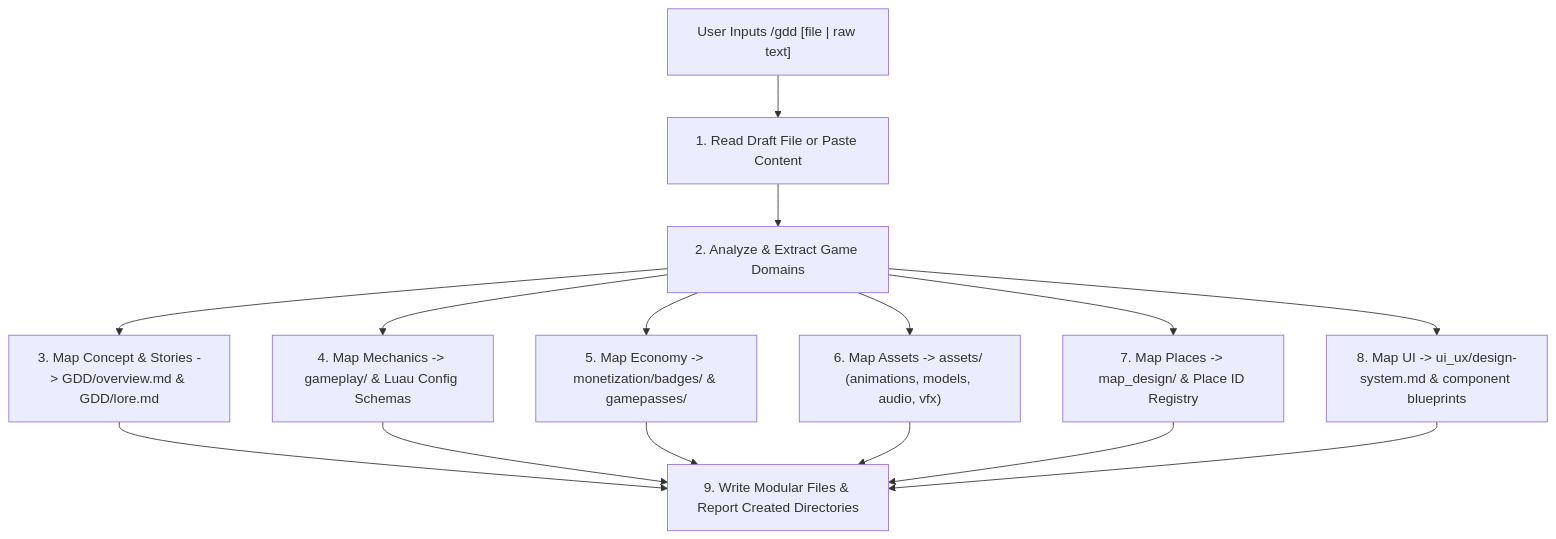
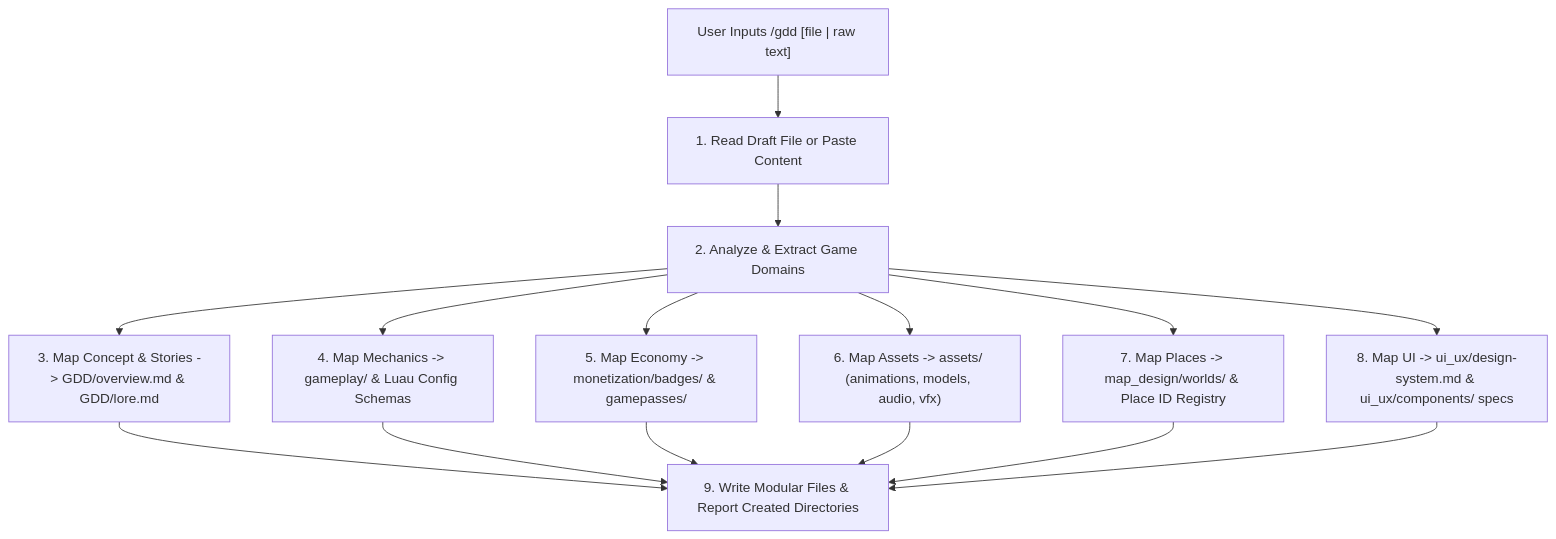
The diagram in .agents/workflows/gdd.md (AxelS27/roblox-ai-framework), drawn with Mermaid before and after one commit. The commit also changed other lines of this file, not shown here.

Commit message:
Synchronize GDD parsing workflow with individual UI/Map specs and mandatory User Story rules

````diff
--- a/.agents/workflows/gdd.md
+++ b/.agents/workflows/gdd.md
@@ -20,12 +20,12 @@
 ```mermaid
 graph TD
     A["User Inputs /gdd [file | raw text]"] --> B["1. Read Draft File or Paste Content"]
     B --> C["2. Analyze & Extract Game Domains"]
     C --> D["3. Map Concept & Stories -> GDD/overview.md & GDD/lore.md"]
     C --> E["4. Map Mechanics -> gameplay/ & Luau Config Schemas"]
     C --> F["5. Map Economy -> monetization/badges/ & gamepasses/"]
     C --> G["6. Map Assets -> assets/ (animations, models, audio, vfx)"]
-    C --> H["7. Map Places -> map_design/ & Place ID Registry"]
-    C --> I["8. Map UI -> ui_ux/design-system.md & component blueprints"]
+    C --> H["7. Map Places -> map_design/worlds/ & Place ID Registry"]
+    C --> I["8. Map UI -> ui_ux/design-system.md & ui_ux/components/ specs"]
     D & E & F & G & H & I --> J["9. Write Modular Files & Report Created Directories"]
 ```
````
